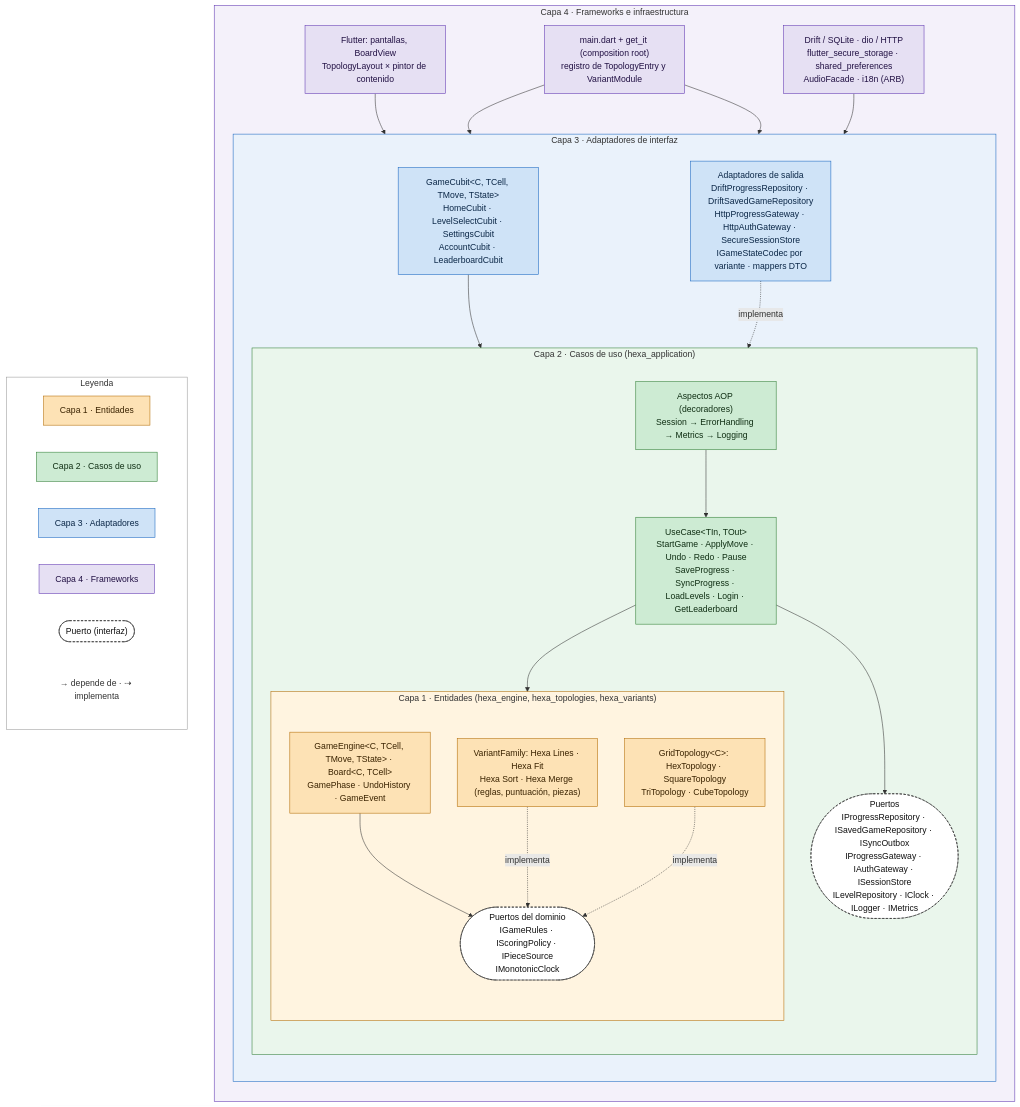
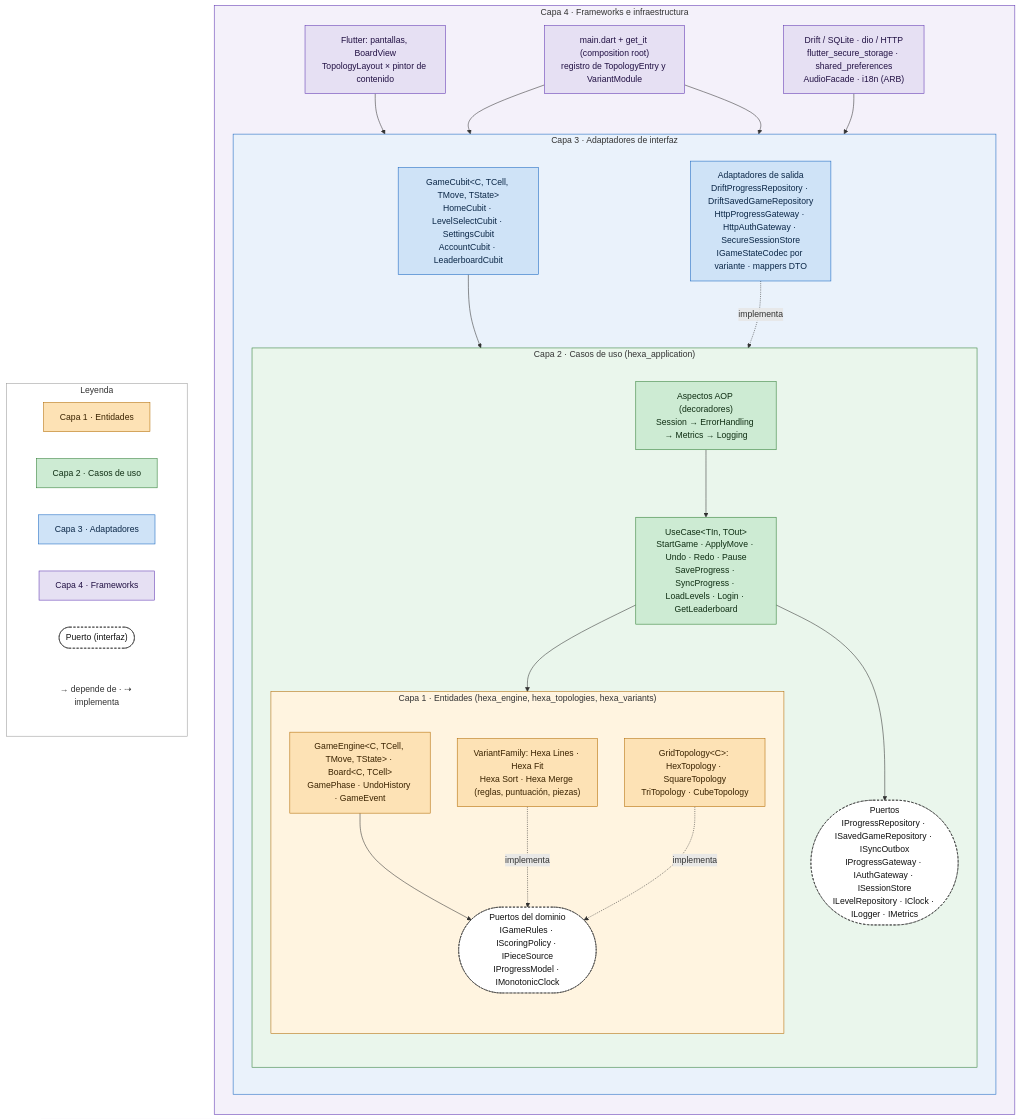
The diagram in docs/diagrams/capas.mmd (DanielHaro28/hexablock-app), drawn with Mermaid before and after one commit. The commit also changed 29 other files, not shown here.

```diff
--- a/docs/diagrams/capas.mmd
+++ b/docs/diagrams/capas.mmd
@@ -1,66 +1,66 @@
 %% Diagrama de capas Clean de hexablock-app (enunciado §4.2). Fuente editable; la imagen es capas.png
 flowchart TB
     subgraph L4["Capa 4 · Frameworks e infraestructura"]
         direction TB
         UI["Flutter: pantallas, BoardView<br/>TopologyLayout × pintor de contenido"]
         FW["Drift / SQLite · dio / HTTP<br/>flutter_secure_storage · shared_preferences<br/>AudioFacade · i18n (ARB)"]
         ROOT["main.dart + get_it (composition root)<br/>registro de TopologyEntry y VariantModule"]
         subgraph L3["Capa 3 · Adaptadores de interfaz"]
             direction TB
             CUB["GameCubit&lt;C, TCell, TMove, TState&gt;<br/>HomeCubit · LevelSelectCubit · SettingsCubit<br/>AccountCubit · LeaderboardCubit"]
             ADP["Adaptadores de salida<br/>DriftProgressRepository · DriftSavedGameRepository<br/>HttpProgressGateway · HttpAuthGateway · SecureSessionStore<br/>IGameStateCodec por variante · mappers DTO"]
             subgraph L2["Capa 2 · Casos de uso (hexa_application)"]
                 direction TB
                 UC["UseCase&lt;TIn, TOut&gt;<br/>StartGame · ApplyMove · Undo · Redo · Pause<br/>SaveProgress · SyncProgress · LoadLevels · Login · GetLeaderboard"]
                 ASP["Aspectos AOP (decoradores)<br/>Session → ErrorHandling → Metrics → Logging"]
                 PORT(["Puertos<br/>IProgressRepository · ISavedGameRepository · ISyncOutbox<br/>IProgressGateway · IAuthGateway · ISessionStore<br/>ILevelRepository · IClock · ILogger · IMetrics"])
                 subgraph L1["Capa 1 · Entidades (hexa_engine, hexa_topologies, hexa_variants)"]
                     direction TB
                     ENG["GameEngine&lt;C, TCell, TMove, TState&gt; · Board&lt;C, TCell&gt;<br/>GamePhase · UndoHistory · GameEvent"]
                     TOP["GridTopology&lt;C&gt;: HexTopology · SquareTopology<br/>TriTopology · CubeTopology"]
                     VAR["VariantFamily: Hexa Lines · Hexa Fit<br/>Hexa Sort · Hexa Merge (reglas, puntuación, piezas)"]
-                    DPORT(["Puertos del dominio<br/>IGameRules · IScoringPolicy · IPieceSource<br/>IMonotonicClock"])
+                    DPORT(["Puertos del dominio<br/>IGameRules · IScoringPolicy · IPieceSource<br/>IProgressModel · IMonotonicClock"])
                 end
             end
         end
     end
 
     UI --> CUB
     ROOT --> CUB
     ROOT --> ADP
     FW --> ADP
     CUB --> ASP
     ASP --> UC
     UC --> PORT
     ADP -. implementa .-> PORT
     UC --> ENG
     ENG --> DPORT
     VAR -. implementa .-> DPORT
     TOP -. implementa .-> DPORT
 
     subgraph LEG["Leyenda"]
         direction LR
         K1["Capa 1 · Entidades"]:::c1
         K2["Capa 2 · Casos de uso"]:::c2
         K3["Capa 3 · Adaptadores"]:::c3
         K4["Capa 4 · Frameworks"]:::c4
         KP(["Puerto (interfaz)"]):::port
         KA["→ depende de · ⇢ implementa"]:::note
     end
 
     classDef c1 fill:#FDE2B5,stroke:#B26A00,color:#3A2300
     classDef c2 fill:#CDEBD3,stroke:#2E7D32,color:#0F2E13
     classDef c3 fill:#CFE3F7,stroke:#1565C0,color:#0B2747
     classDef c4 fill:#E6E0F3,stroke:#5E35B1,color:#221144
     classDef port fill:#FFFFFF,stroke:#333333,stroke-dasharray:4 3,color:#111111
     classDef note fill:#FFFFFF,stroke:#FFFFFF,color:#333333
     class ENG,TOP,VAR c1
     class UC,ASP c2
     class CUB,ADP c3
     class UI,FW,ROOT c4
     class PORT,DPORT port
     style L1 fill:#FFF4E0,stroke:#B26A00
     style L2 fill:#EAF6EC,stroke:#2E7D32
     style L3 fill:#EAF2FB,stroke:#1565C0
     style L4 fill:#F4F1FA,stroke:#5E35B1
     style LEG fill:#FFFFFF,stroke:#999999
```
